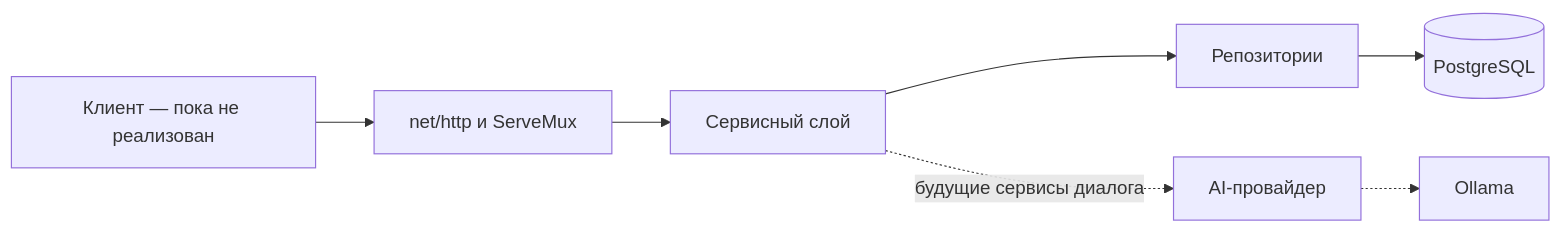
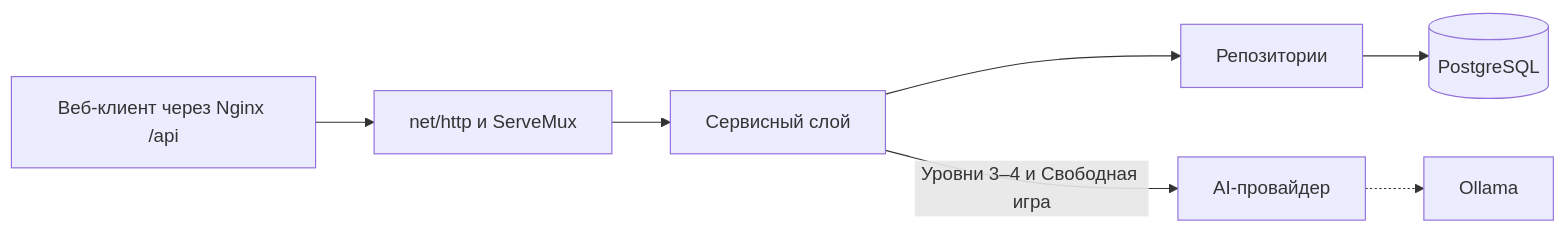
One commit to Codiki-lab/anti-scam-trainer changed the diagram in docs/02-architecture/README.md. Above: the diagram before and after it, drawn with Mermaid. The commit also changed other lines of this file and 45 other files, not shown here.

````diff
--- a/docs/02-architecture/README.md
+++ b/docs/02-architecture/README.md
@@ -7,9 +7,9 @@
 ```mermaid
 flowchart LR
-    Client["Клиент — пока не реализован"] --> HTTP["net/http и ServeMux"]
+    Client["Веб-клиент через Nginx /api"] --> HTTP["net/http и ServeMux"]
     HTTP --> Services["Сервисный слой"]
     Services --> Repositories["Репозитории"]
     Repositories --> PostgreSQL[(PostgreSQL)]
-    Services -. "будущие сервисы диалога" .-> AI["AI-провайдер"]
+    Services -->|"Уровни 3–4 и Свободная игра"| AI["AI-провайдер"]
     AI -.-> Ollama["Ollama"]
 ```
````
